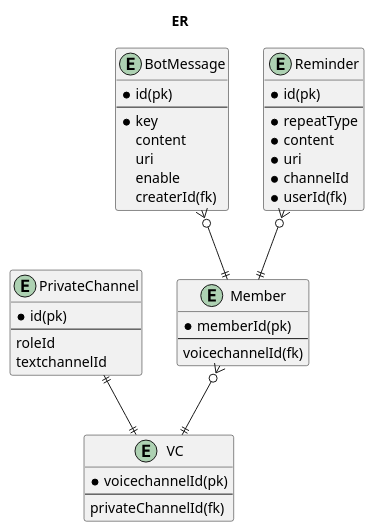
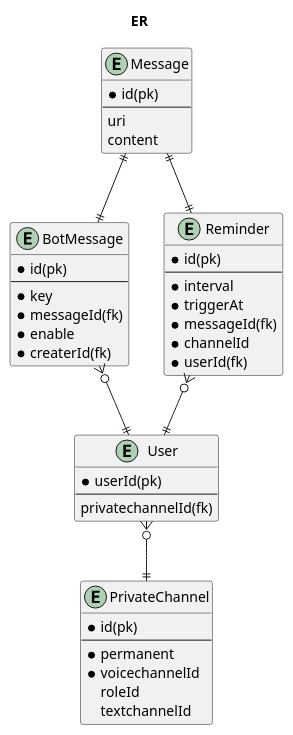
The diagram in plantuml/db.pu (aktnb/discordbot-ts-2), drawn with PlantUML before and after one commit. The commit also changed 10 other files, not shown here.

```diff
--- a/plantuml/db.pu
+++ b/plantuml/db.pu
@@ -1,41 +1,44 @@
 @startuml erd
 title ER
-entity Member {
-  * memberId(pk)
+entity User {
+  * userId(pk)
   --
-  voicechannelId(fk)
-}
-entity VC {
-  * voicechannelId(pk)
-  --
-  privateChannelId(fk)
+  privatechannelId(fk)
 }
 entity PrivateChannel {
   * id(pk)
   --
+  * permanent
+  * voicechannelId
   roleId
   textchannelId
 }
 entity BotMessage {
   * id(pk)
   --
   * key
+  * messageId(fk)
+  * enable
+  * createrId(fk)
+}
+entity Message {
+  * id(pk)
+  --
+  uri
   content
-  uri
-  enable
-  createrId(fk)
 }
 entity Reminder {
   * id(pk)
   --
-  * repeatType
-  * content
-  * uri
+  * interval
+  * triggerAt
+  * messageId(fk)
   * channelId
   * userId(fk)
 }
-PrivateChannel ||--|| VC
-BotMessage }o--|| Member
-Member }o--|| VC
-Reminder }o--|| Member
+BotMessage }o--|| User
+User }o--|| PrivateChannel
+Reminder }o--|| User
+Message ||--|| Reminder
+Message ||--|| BotMessage
 @enduml
```
